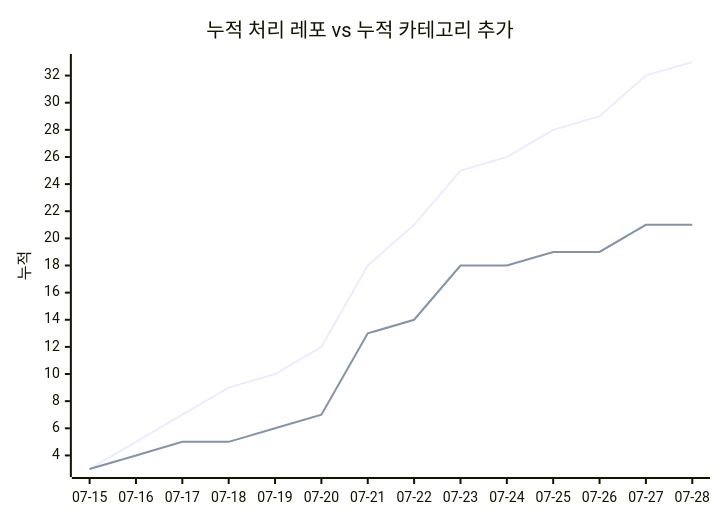
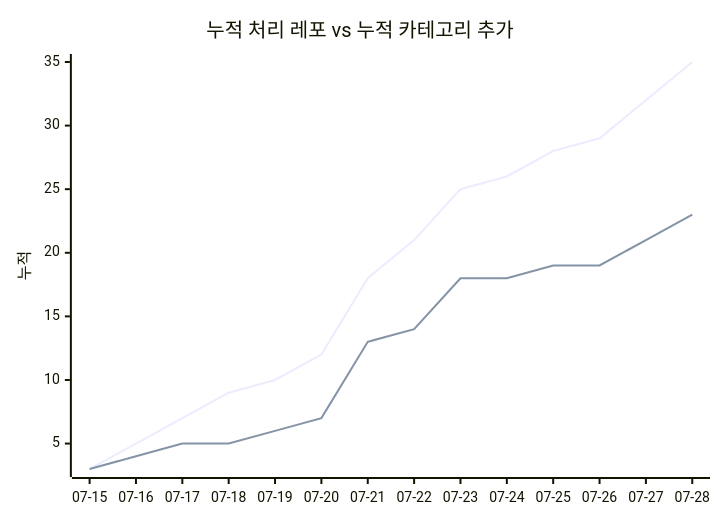
Before and after one commit to J-nowcow/awesome-korean-agent-skills: the second of 2 diagrams in docs/trends.md, drawn with Mermaid. The commit also changed other lines of this file and 5 other files, not shown here.

````diff
--- a/docs/trends.md
+++ b/docs/trends.md
@@ -68,8 +68,8 @@
 ```mermaid
 xychart-beta
     title "누적 처리 레포 vs 누적 카테고리 추가"
     x-axis ["07-15","07-16","07-17","07-18","07-19","07-20","07-21","07-22","07-23","07-24","07-25","07-26","07-27","07-28"]
     y-axis "누적"
-    line [3,5,7,9,10,12,18,21,25,26,28,29,32,33]
-    line [3,4,5,5,6,7,13,14,18,18,19,19,21,21]
+    line [3,5,7,9,10,12,18,21,25,26,28,29,32,35]
+    line [3,4,5,5,6,7,13,14,18,18,19,19,21,23]
 ```
````
